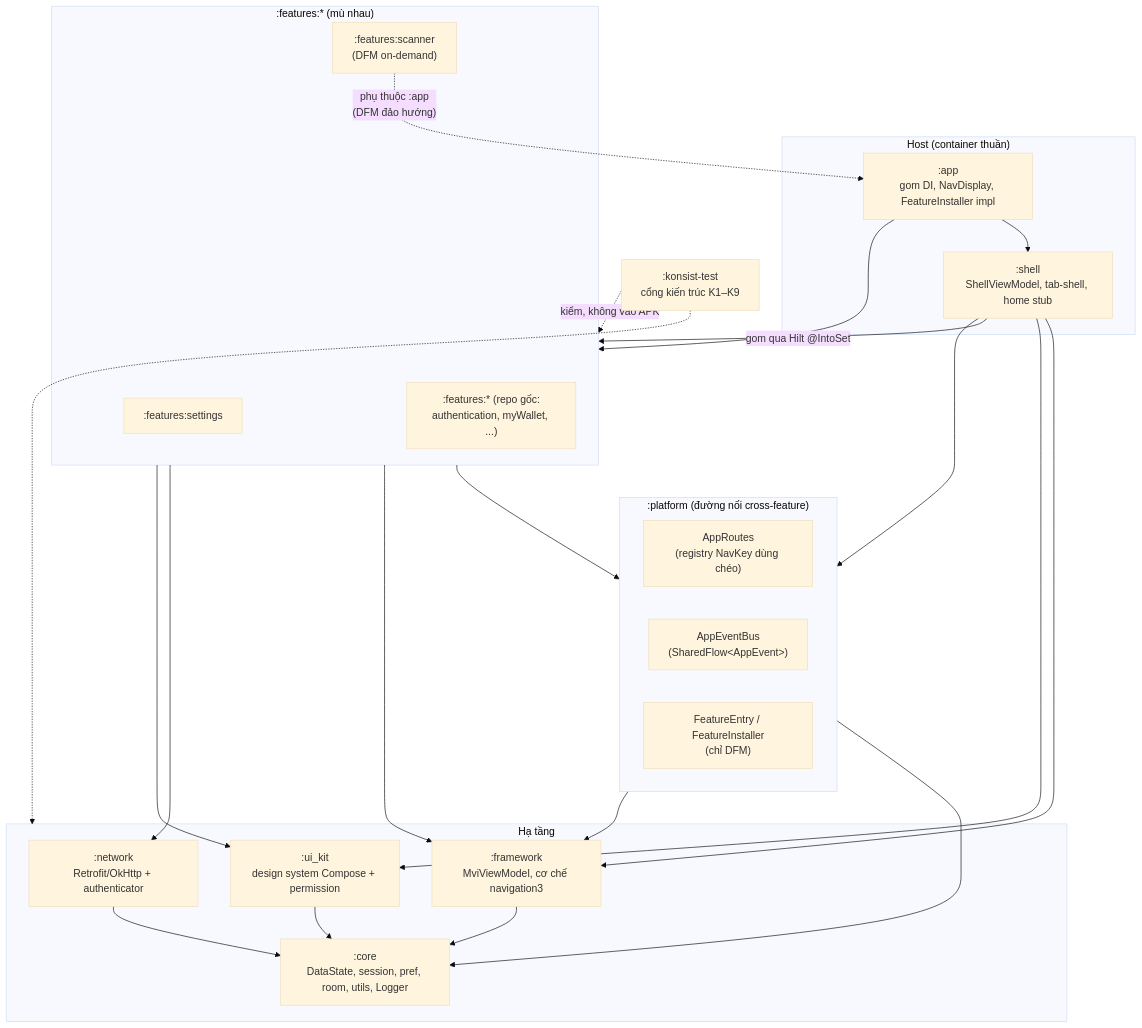
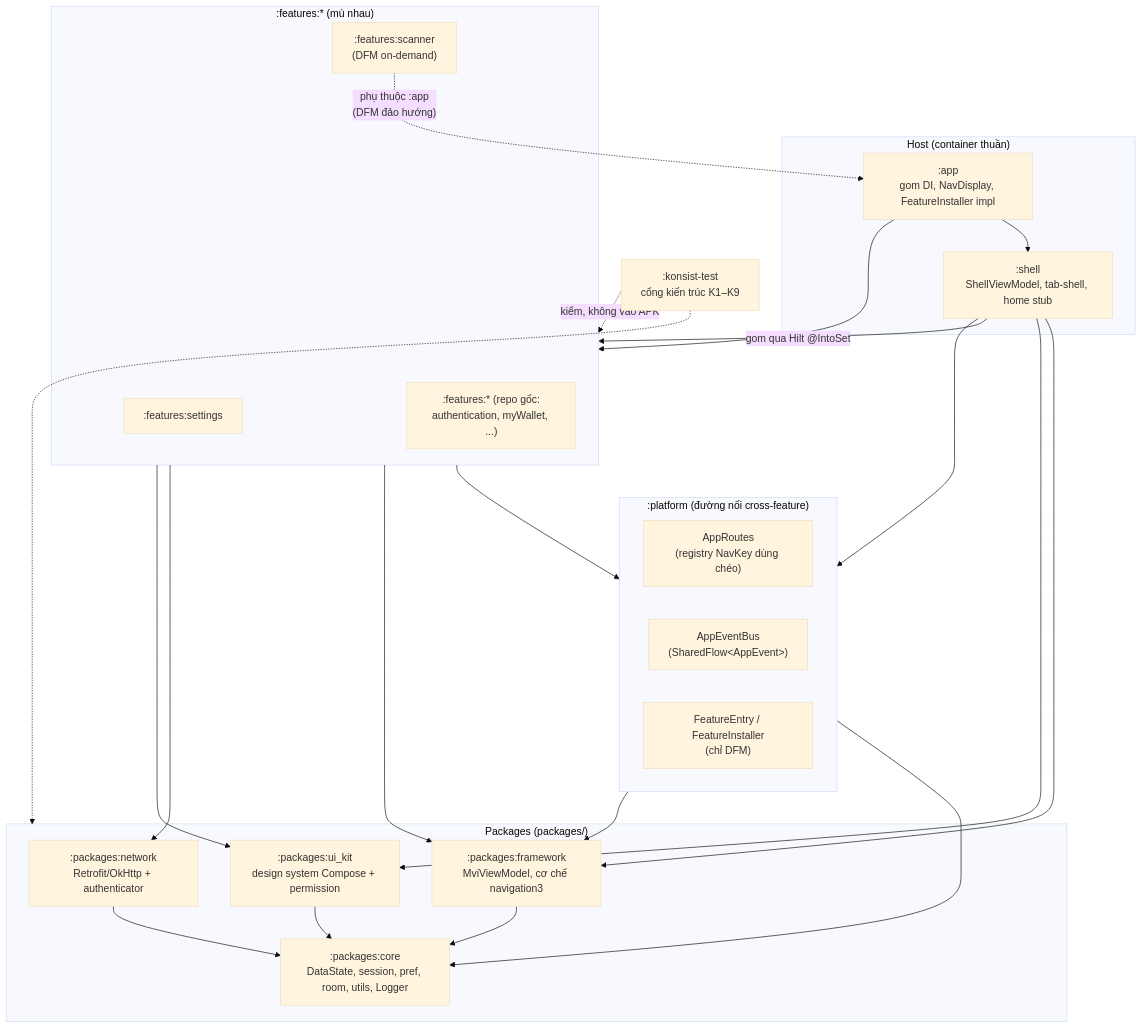
Before and after one commit to DanhDue/android_digital_wallet: the first of 3 diagrams in .devtool/epic/android_super_app_template/android_super_app_template.vi.md, drawn with Mermaid (base theme). The commit also changed other lines of this file and 188 other files, not shown here.

First line of the commit message:
[ANDROID_SUPER_APP_TEMPLATE] Rename infra directory to packages

````diff
--- a/.devtool/epic/android_super_app_template/android_super_app_template.vi.md
+++ b/.devtool/epic/android_super_app_template/android_super_app_template.vi.md
@@ -59,49 +59,49 @@
 ```mermaid
 graph TD
     subgraph Host["Host (container thuần)"]
         APP[":app<br/>gom DI, NavDisplay, FeatureInstaller impl"]
         SHELL[":shell<br/>ShellViewModel, tab-shell, home stub"]
     end
 
     subgraph Platform[":platform (đường nối cross-feature)"]
         ROUTES["AppRoutes<br/>(registry NavKey dùng chéo)"]
         BUS["AppEventBus<br/>(SharedFlow&lt;AppEvent&gt;)"]
         FE["FeatureEntry / FeatureInstaller<br/>(chỉ DFM)"]
     end
 
     subgraph Features[":features:* (mù nhau)"]
         F_SET[":features:settings"]
         F_SCAN[":features:scanner<br/>(DFM on-demand)"]
         F_BIZ[":features:* (repo gốc:<br/>authentication, myWallet, ...)"]
     end
 
-    subgraph Infra["Hạ tầng"]
-        FRAMEWORK[":framework<br/>MviViewModel, cơ chế navigation3"]
-        NETWORK[":network<br/>Retrofit/OkHttp + authenticator"]
-        UIKIT[":ui_kit<br/>design system Compose + permission"]
-        CORE[":core<br/>DataState, session, pref, room, utils, Logger"]
+    subgraph Packages["Packages (packages/)"]
+        FRAMEWORK[":packages:framework<br/>MviViewModel, cơ chế navigation3"]
+        NETWORK[":packages:network<br/>Retrofit/OkHttp + authenticator"]
+        UIKIT[":packages:ui_kit<br/>design system Compose + permission"]
+        CORE[":packages:core<br/>DataState, session, pref, room, utils, Logger"]
     end
 
     APP --> SHELL
     APP -->|gom qua Hilt @IntoSet| Features
     SHELL --> Features
     SHELL --> Platform
     SHELL --> FRAMEWORK
     SHELL --> UIKIT
 
     Features --> Platform
     Features --> FRAMEWORK
     Features --> NETWORK
     Features --> UIKIT
 
     F_SCAN -.->|"phụ thuộc :app<br/>(DFM đảo hướng)"| APP
 
     Platform --> CORE
     Platform --> FRAMEWORK
     FRAMEWORK --> CORE
     NETWORK --> CORE
     UIKIT --> CORE
 
     KONSIST[":konsist-test<br/>cổng kiến trúc K1–K9"] -.->|kiểm, không vào APK| Features
-    KONSIST -.-> Infra
+    KONSIST -.-> Packages
 ```
````
